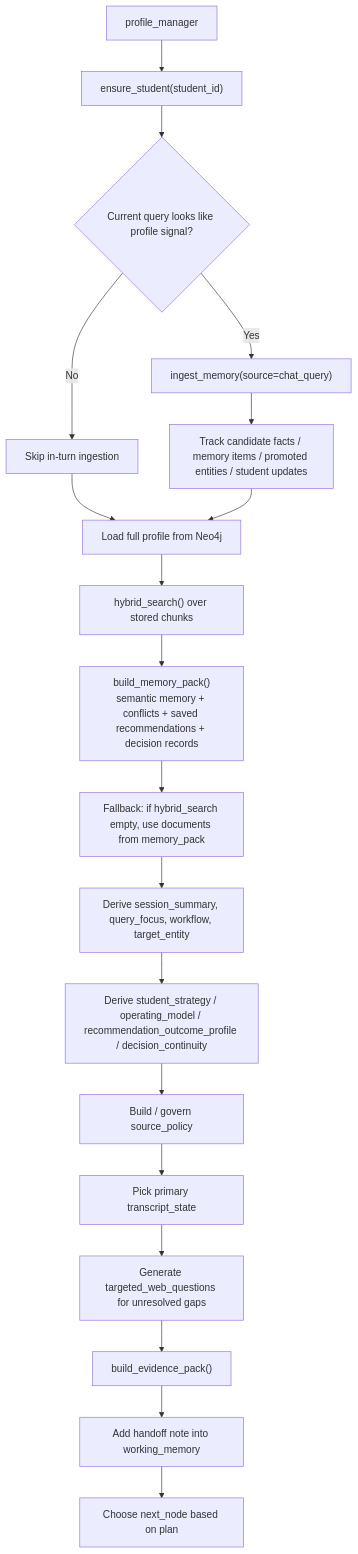
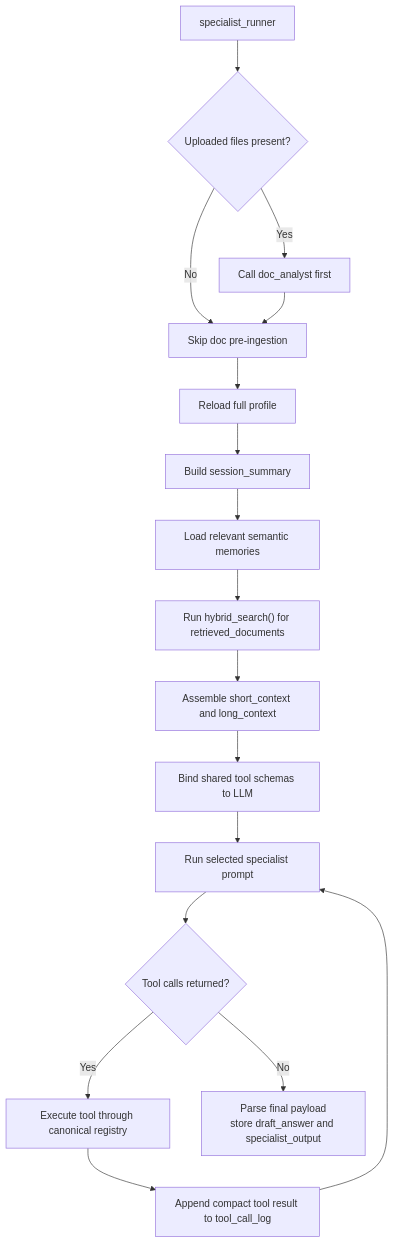
Before and after one commit to sagarrgupta/Pathfinder: the fifth of 6 diagrams in docs/PATHFINDER_ARCHITECTURE_FLOW.md, drawn with Mermaid. The commit also changed other lines of this file and 54 other files, not shown here.

Commit message:
origin/Feature/basicUpdates - updated architecture docs

````diff
--- a/docs/PATHFINDER_ARCHITECTURE_FLOW.md
+++ b/docs/PATHFINDER_ARCHITECTURE_FLOW.md
@@ -447,22 +196,22 @@
 ```mermaid
 flowchart TD
-    P0["profile_manager"] --> P1["ensure_student(student_id)"]
-    P1 --> P2{"Current query looks like profile signal?"}
-    P2 -- Yes --> P3["ingest_memory(source=chat_query)"]
-    P2 -- No --> P4["Skip in-turn ingestion"]
-    P3 --> P5["Track candidate facts / memory items / promoted entities / student updates"]
-    P4 --> P6["Load full profile from Neo4j"]
-    P5 --> P6
+    S0["specialist_runner"] --> F{"Uploaded files present?"}
+    F -- Yes --> D["Call doc_analyst first"]
+    F -- No --> P["Skip doc pre-ingestion"]
+    D --> P
 
-    P6 --> P7["hybrid_search() over stored chunks"]
-    P7 --> P8["build_memory_pack()<br/>semantic memory + conflicts + saved recommendations + decision records"]
-    P8 --> P9["Fallback: if hybrid_search empty, use documents from memory_pack"]
-    P9 --> P10["Derive session_summary, query_focus, workflow, target_entity"]
-    P10 --> P11["Derive student_strategy / operating_model / recommendation_outcome_profile / decision_continuity"]
-    P11 --> P12["Build / govern source_policy"]
-    P12 --> P13["Pick primary transcript_state"]
-    P13 --> P14["Generate targeted_web_questions for unresolved gaps"]
-    P14 --> P15["build_evidence_pack()"]
-    P15 --> P16["Add handoff note into working_memory"]
-    P16 --> P17["Choose next_node based on plan"]
+    P --> P1["Reload full profile"]
+    P1 --> P2["Build session_summary"]
+    P2 --> P3["Load relevant semantic memories"]
+    P3 --> P4["Run hybrid_search() for retrieved_documents"]
+    P4 --> P5["Assemble short_context and long_context"]
+    P5 --> P6["Bind shared tool schemas to LLM"]
+    P6 --> P7["Run selected specialist prompt"]
+    P7 --> TOOLS{"Tool calls returned?"}
+
+    TOOLS -- Yes --> T1["Execute tool through canonical registry"]
+    T1 --> T2["Append compact tool result to tool_call_log"]
+    T2 --> P7
+
+    TOOLS -- No --> OUT["Parse final payload<br/>store draft_answer and specialist_output"]
 ```
````
